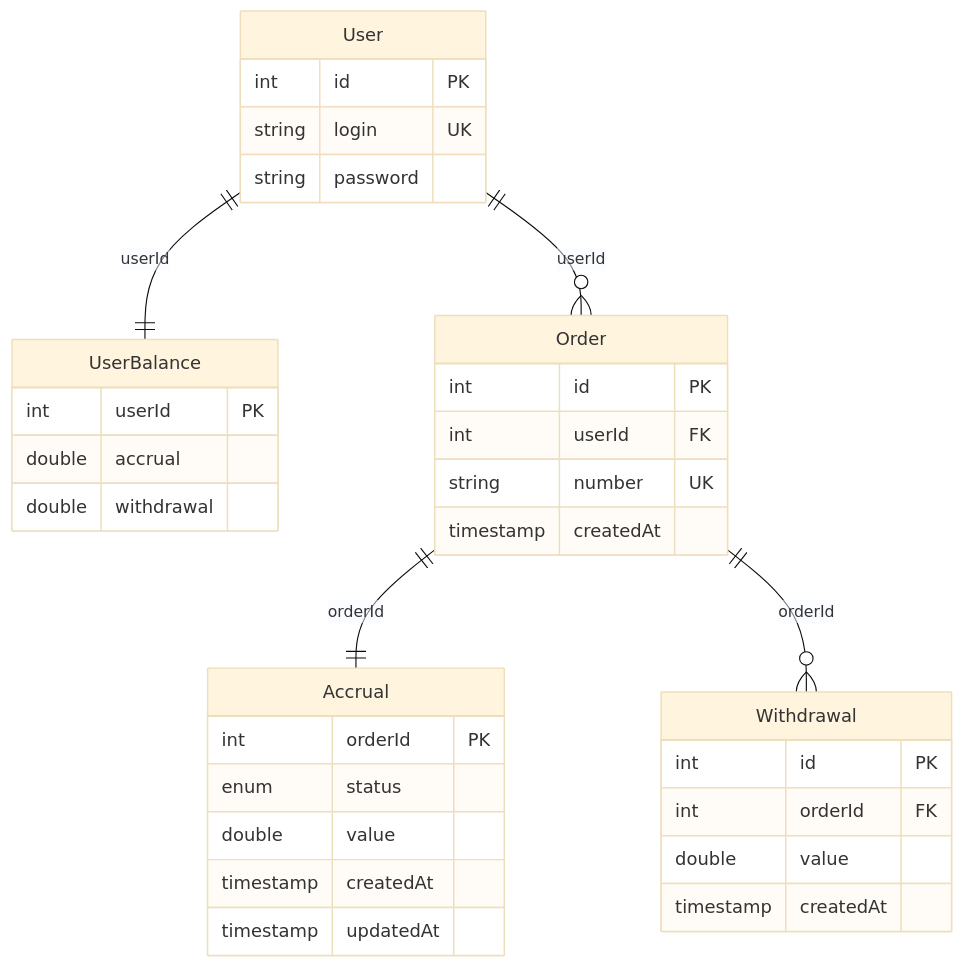
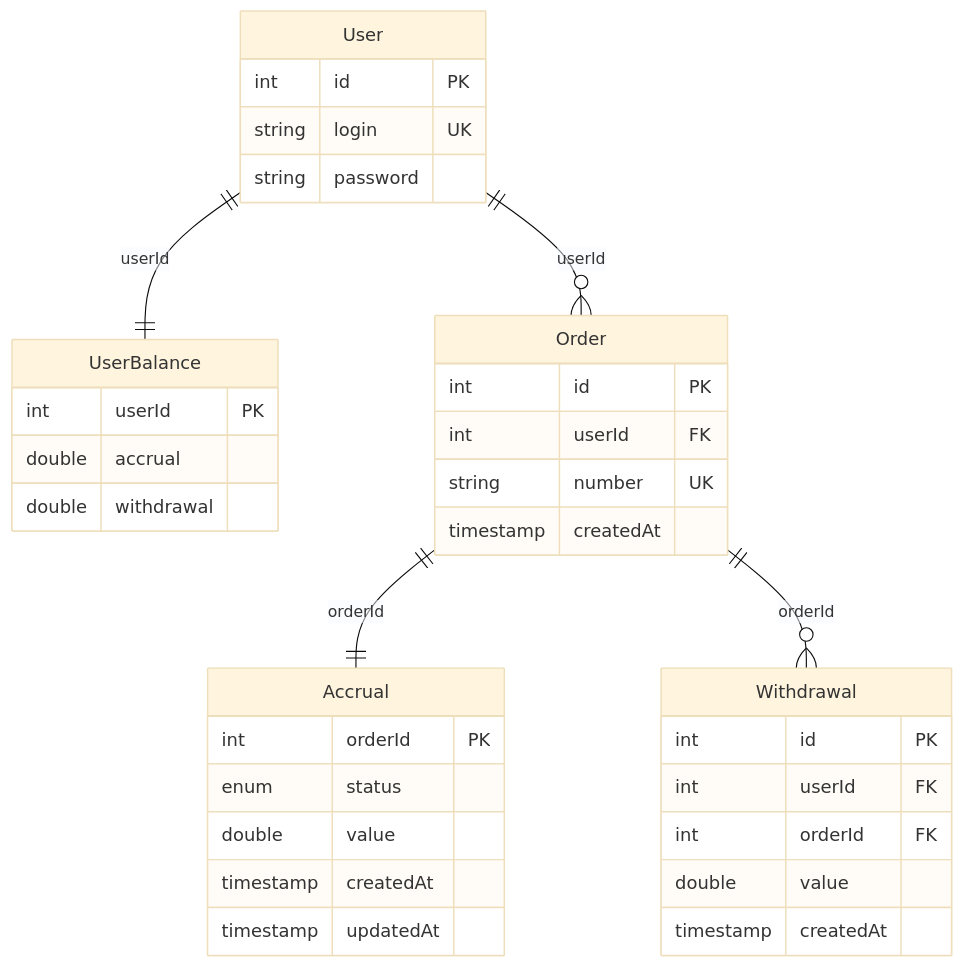
Before and after one commit to dcwk/gophermart: the first of 3 diagrams in README.md, drawn with Mermaid (base theme).

Commit message:
Изменил спеку тк удобнее получать списания

````diff
--- a/README.md
+++ b/README.md
@@ -6,41 +6,42 @@
 ```mermaid
 erDiagram
 User ||--|| UserBalance: userId
 User ||--o{ Order: userId
 Order ||--|| Accrual: orderId
 Order ||--o{ Withdrawal: orderId
 
 User {
     int id PK
     string login UK
     string password
 }
 
 UserBalance {
     int userId PK
     double accrual
     double withdrawal
 }
 
 Order {
     int id PK
     int userId FK
     string number UK
     timestamp createdAt 
 }
 
 Accrual {
     int orderId PK
     enum status
     double value
     timestamp createdAt
     timestamp updatedAt
 }
 
 Withdrawal {
     int id PK
+    int userId FK
     int orderId FK
     double value
     timestamp createdAt
 }
 ```
````
